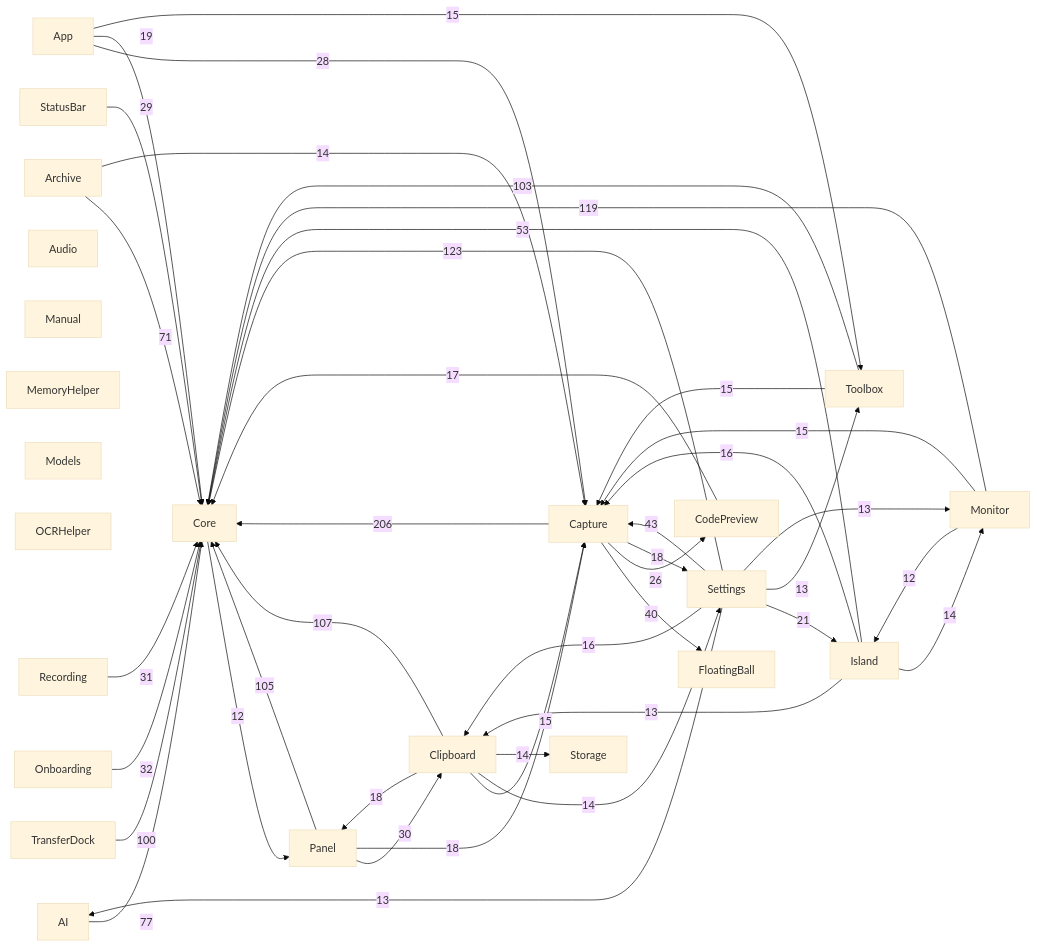
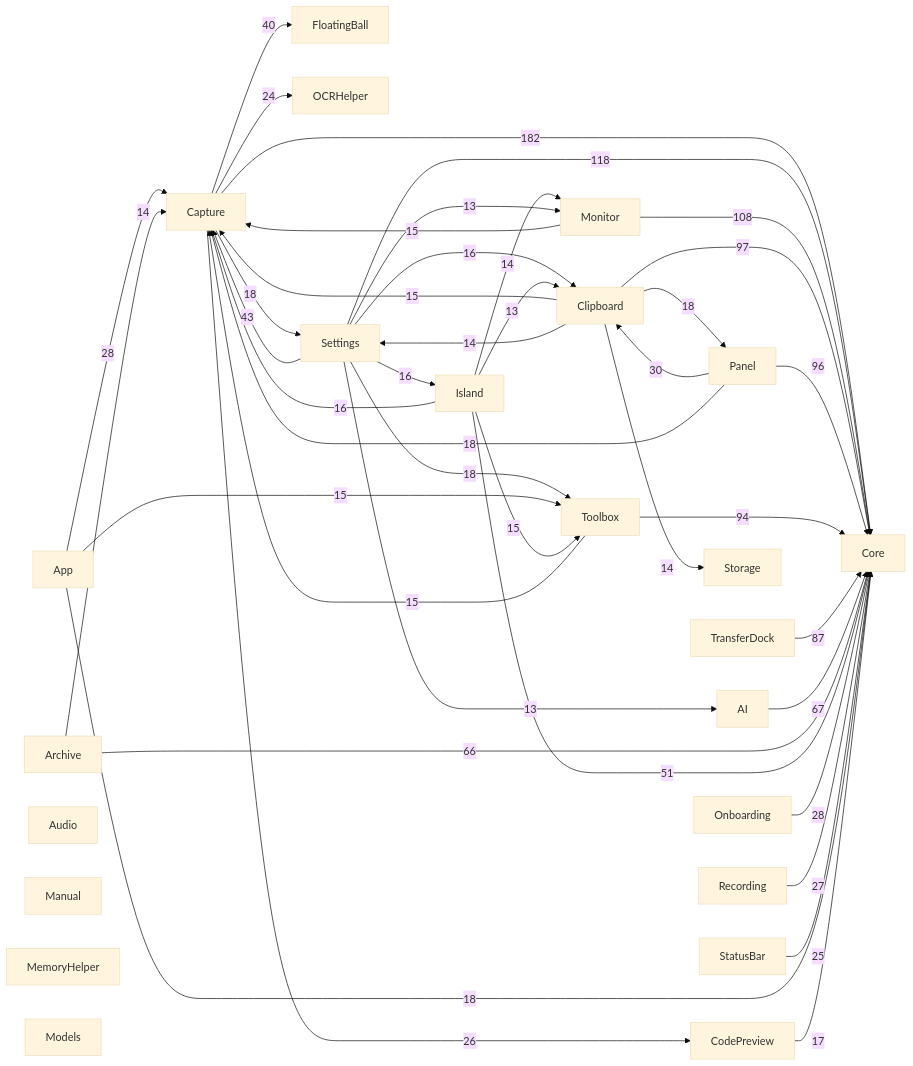
The diagram in docs/00-总览/模块依赖图.md (sxyq/Kitnest), drawn with Mermaid (base theme) before and after one commit. The commit also changed other lines of this file and 30 other files, not shown here.

````diff
--- a/docs/00-总览/模块依赖图.md
+++ b/docs/00-总览/模块依赖图.md
@@ -37,66 +37,66 @@
 ```mermaid
 flowchart LR
   M0["AI"]
   M1["App"]
   M2["Archive"]
   M3["Audio"]
   M4["Capture"]
   M5["Clipboard"]
   M6["CodePreview"]
   M7["Core"]
   M8["FloatingBall"]
   M9["Island"]
   M10["Manual"]
   M11["MemoryHelper"]
   M12["Models"]
   M13["Monitor"]
   M14["OCRHelper"]
   M15["Onboarding"]
   M16["Panel"]
   M17["Recording"]
   M18["Settings"]
   M19["StatusBar"]
   M20["Storage"]
   M21["Toolbox"]
   M22["TransferDock"]
-  M4 -->|206| M7
-  M18 -->|123| M7
-  M13 -->|119| M7
-  M5 -->|107| M7
-  M16 -->|105| M7
-  M21 -->|103| M7
-  M22 -->|100| M7
-  M0 -->|77| M7
-  M2 -->|71| M7
-  M9 -->|53| M7
+  M4 -->|182| M7
+  M18 -->|118| M7
+  M13 -->|108| M7
+  M5 -->|97| M7
+  M16 -->|96| M7
+  M21 -->|94| M7
+  M22 -->|87| M7
+  M0 -->|67| M7
+  M2 -->|66| M7
+  M9 -->|51| M7
   M18 -->|43| M4
   M4 -->|40| M8
-  M15 -->|32| M7
-  M17 -->|31| M7
   M16 -->|30| M5
-  M19 -->|29| M7
   M1 -->|28| M4
+  M15 -->|28| M7
+  M17 -->|27| M7
   M4 -->|26| M6
-  M18 -->|21| M9
-  M1 -->|19| M7
+  M19 -->|25| M7
+  M4 -->|24| M14
+  M1 -->|18| M7
+  M18 -->|18| M21
   M4 -->|18| M18
+  M16 -->|18| M4
   M5 -->|18| M16
-  M16 -->|18| M4
   M6 -->|17| M7
+  M18 -->|16| M5
+  M18 -->|16| M9
   M9 -->|16| M4
-  M18 -->|16| M5
   M1 -->|15| M21
-  M5 -->|15| M4
   M13 -->|15| M4
   M21 -->|15| M4
+  M9 -->|15| M21
+  M5 -->|15| M4
   M2 -->|14| M4
+  M9 -->|14| M13
   M5 -->|14| M18
   M5 -->|14| M20
-  M9 -->|14| M13
-  M9 -->|13| M5
-  M18 -->|13| M21
   M18 -->|13| M13
   M18 -->|13| M0
-  M7 -->|12| M16
-  M13 -->|12| M9
+  M9 -->|13| M5
 ```
````
